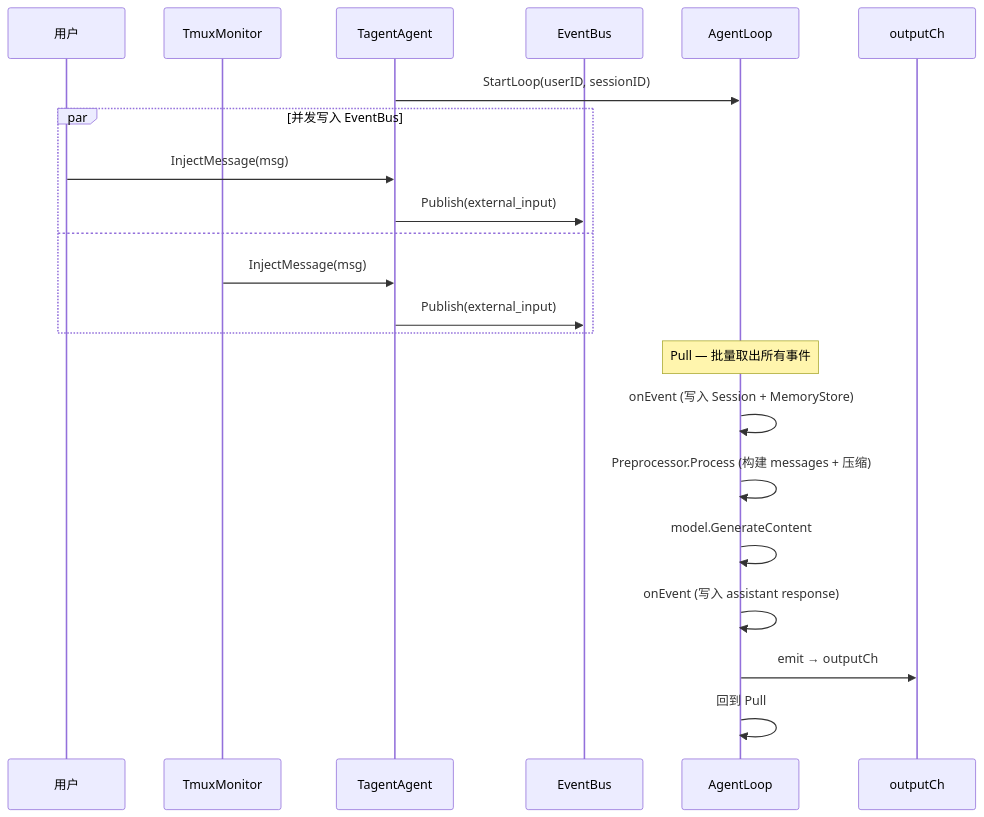
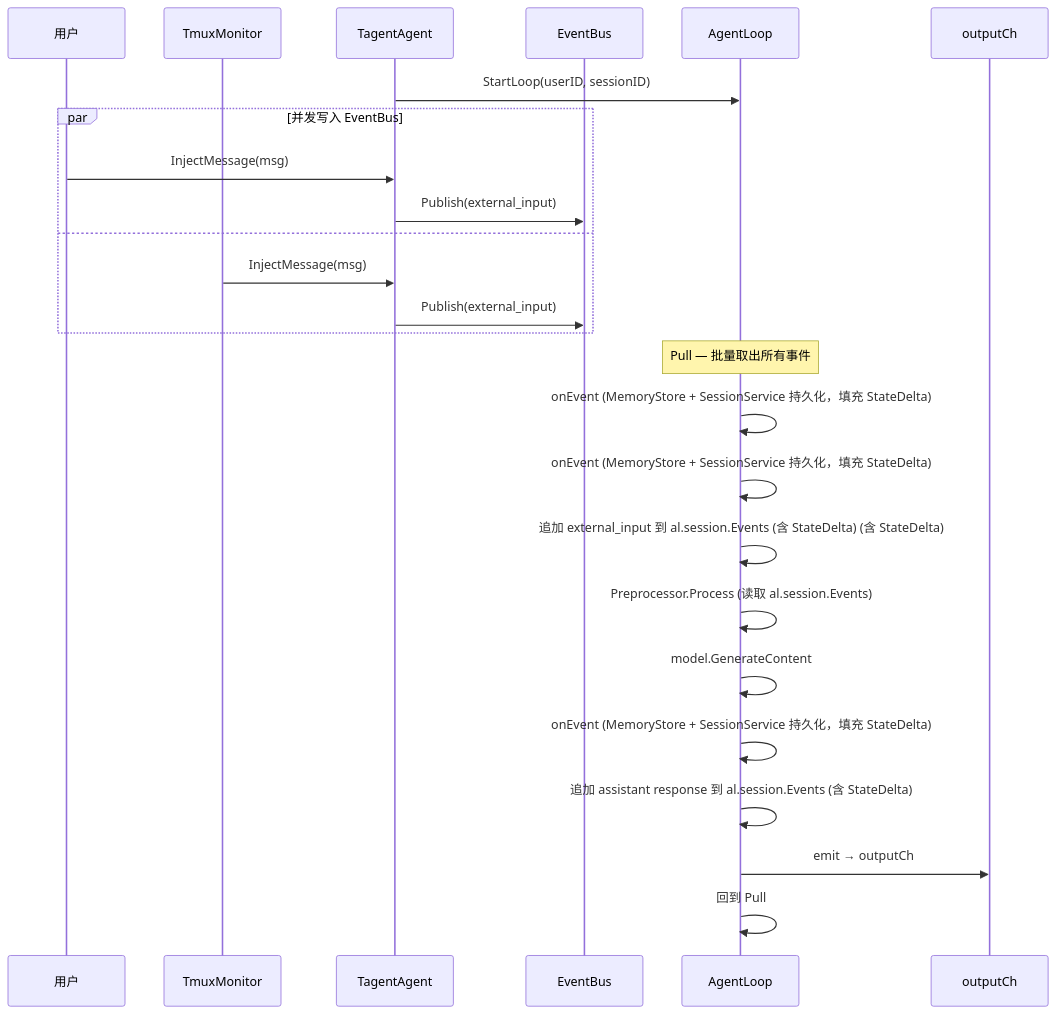
One commit to SpellingDragon/tagent changed the fourth of 8 diagrams in docs/wiki/agent/agent-architecture.md. Above: the diagram before and after it, drawn with Mermaid. The commit also changed other lines of this file and 6 other files, not shown here.

````diff
--- a/docs/wiki/agent/agent-architecture.md
+++ b/docs/wiki/agent/agent-architecture.md
@@ -557,27 +578,30 @@
 ```mermaid
 sequenceDiagram
     participant U as 用户
     participant TM as TmuxMonitor
     participant TA as TagentAgent
     participant EB as EventBus
     participant AL as AgentLoop
     participant OC as outputCh
 
     TA->>AL: StartLoop(userID, sessionID)
 
     par 并发写入 EventBus
       U->>TA: InjectMessage(msg)
       TA->>EB: Publish(external_input)
     and
       TM->>TA: InjectMessage(msg)
       TA->>EB: Publish(external_input)
     end
 
     Note over AL: Pull — 批量取出所有事件
-    AL->>AL: onEvent (写入 Session + MemoryStore)
-    AL->>AL: Preprocessor.Process (构建 messages + 压缩)
+    AL->>AL: onEvent (MemoryStore + SessionService 持久化，填充 StateDelta)
+    AL->>AL: onEvent (MemoryStore + SessionService 持久化，填充 StateDelta)
+    AL->>AL: 追加 external_input 到 al.session.Events (含 StateDelta) (含 StateDelta)
+    AL->>AL: Preprocessor.Process (读取 al.session.Events)
     AL->>AL: model.GenerateContent
-    AL->>AL: onEvent (写入 assistant response)
+    AL->>AL: onEvent (MemoryStore + SessionService 持久化，填充 StateDelta)
+    AL->>AL: 追加 assistant response 到 al.session.Events (含 StateDelta)
     AL->>OC: emit → outputCh
     AL->>AL: 回到 Pull
 ```
````
